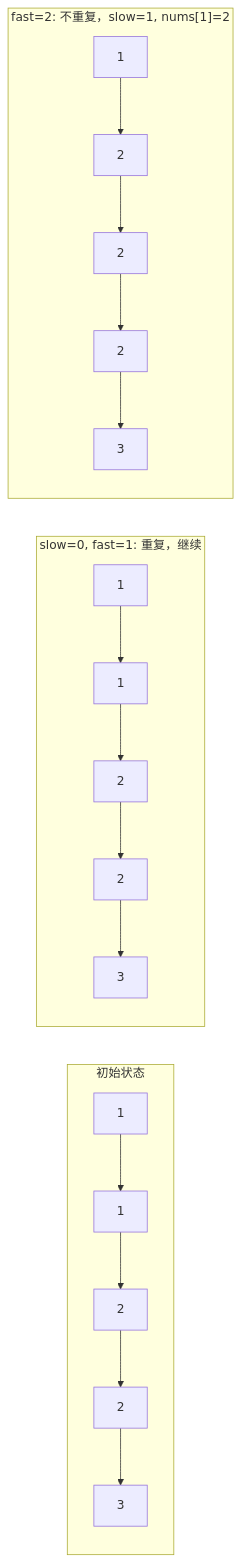
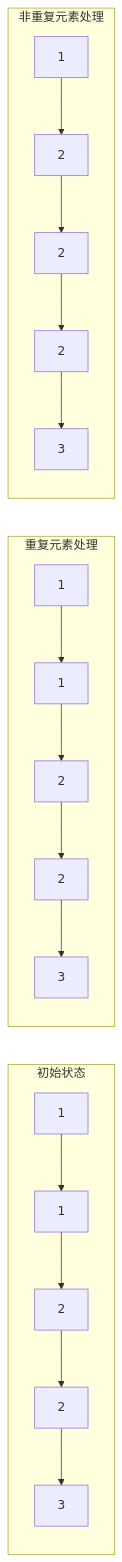
One commit to dd-xiaozhi/study-notes changed the third of 19 diagrams in 计算机基础/算法/数据结构与算法/13_算法技巧.md. Above: the diagram before and after it, drawn with Mermaid. The commit also changed other lines of this file and 84 other files, not shown here.

````diff
--- a/计算机基础/算法/数据结构与算法/13_算法技巧.md
+++ b/计算机基础/算法/数据结构与算法/13_算法技巧.md
@@ -65,12 +65,12 @@
 ```mermaid
 graph LR
     subgraph "初始状态"
         A1["1"] --> A2["1"] --> A3["2"] --> A4["2"] --> A5["3"]
     end
-    subgraph "slow=0, fast=1: 重复，继续"
+    subgraph 重复元素处理
         B1["1"] --> B2["1"] --> B3["2"] --> B4["2"] --> B5["3"]
     end
-    subgraph "fast=2: 不重复，slow=1, nums[1]=2"
+    subgraph 非重复元素处理
         C1["1"] --> C2["2"] --> C3["2"] --> C4["2"] --> C5["3"]
     end
 ```
````
